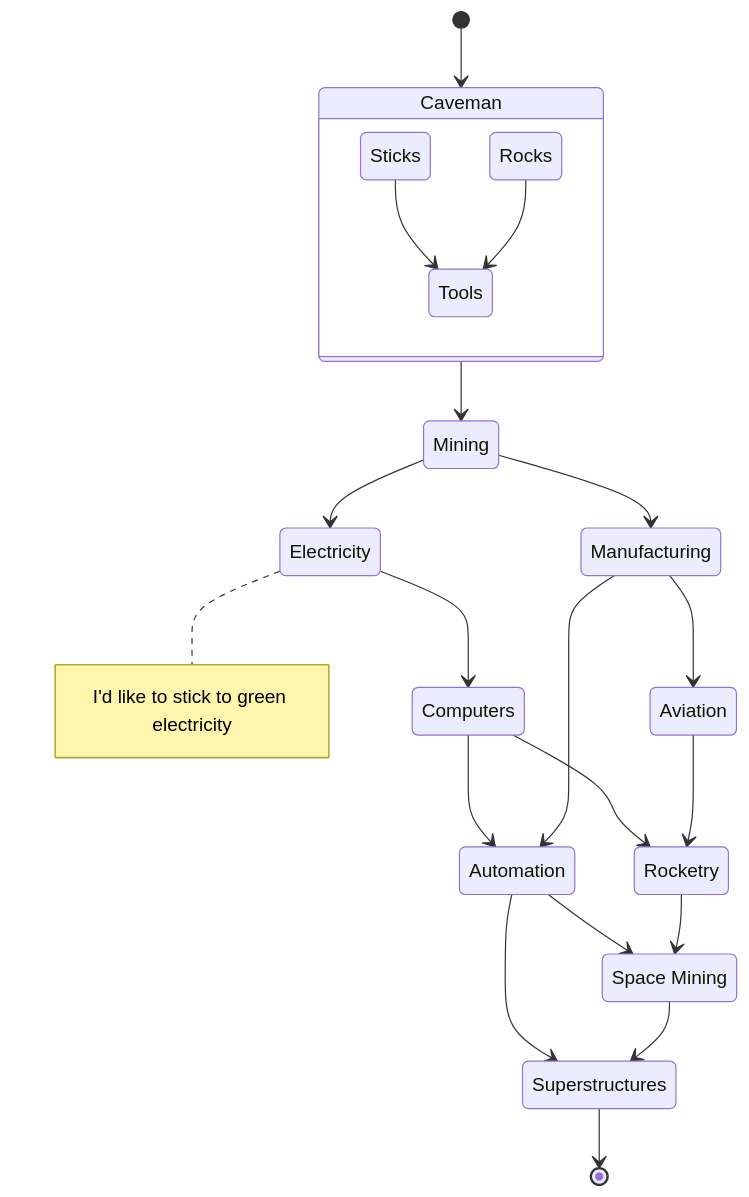
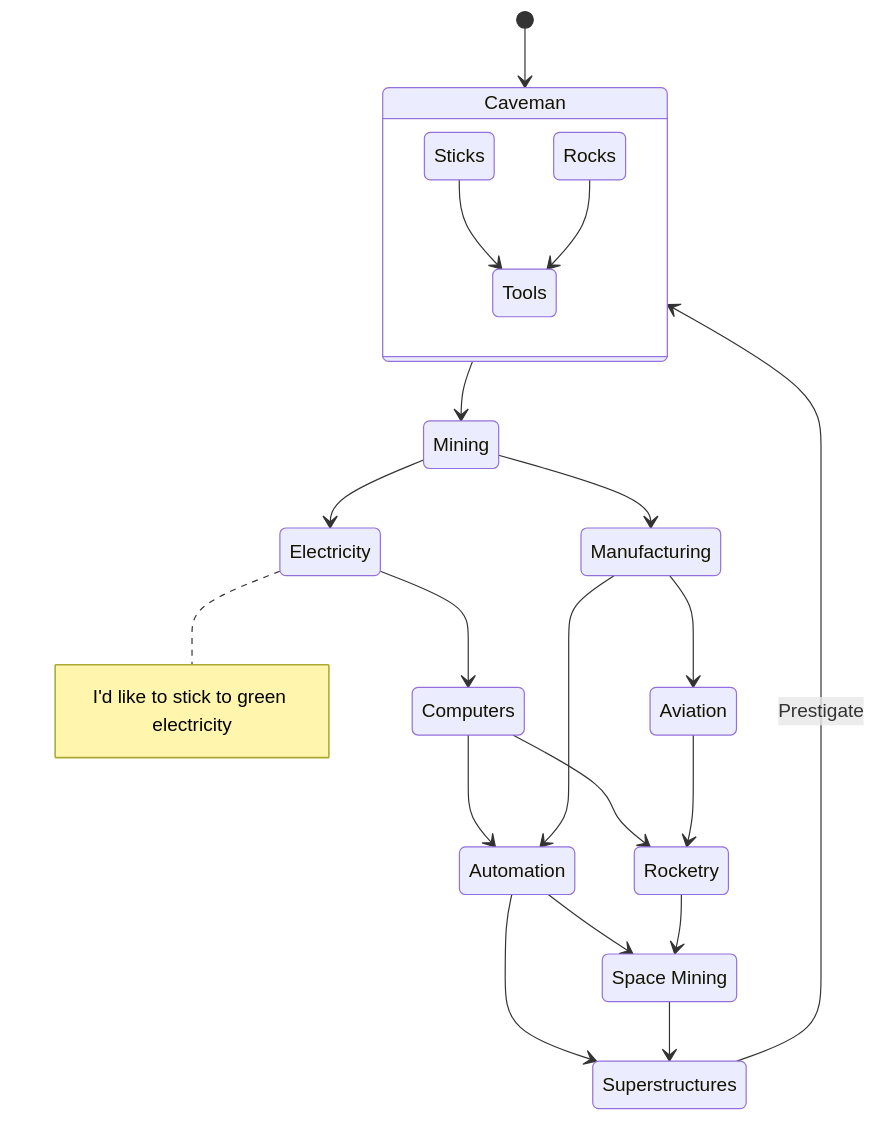
The first of 2 diagrams in FLOWCHART.md (ethan-w-foshee/TerraStella), drawn with Mermaid before and after one commit. The commit also changed other lines of this file, not shown here.

````diff
--- a/FLOWCHART.md
+++ b/FLOWCHART.md
@@ -14,42 +14,42 @@
 ```mermaid
 stateDiagram-v2
   1  : Caveman
   2  : Mining
   3  : Electricity
   4  : Manufacturing
   5  : Computers
   6  : Automation
   7  : Aviation
   8  : Rocketry
   9  : Space Mining
   10 : Superstructures
 
   state 1 {
     1.1a : Sticks
     1.1b : Rocks
     1.2  : Tools
 
     1.1a --> 1.2
     1.1b  --> 1.2
   }
 
   note right of 3
     I'd like to stick to green electricity
   end note
 
   [*] --> 1
   1 --> 2
   2 --> 3
   2 --> 4
   3 --> 5
   5 --> 6
   4 --> 6
   4 --> 7
   5 --> 8
   7 --> 8
   6 --> 9
   8 --> 9
   6 --> 10
   9 --> 10
-  10 --> [*]
+  10--> 1 : Prestigate
 ```
````
